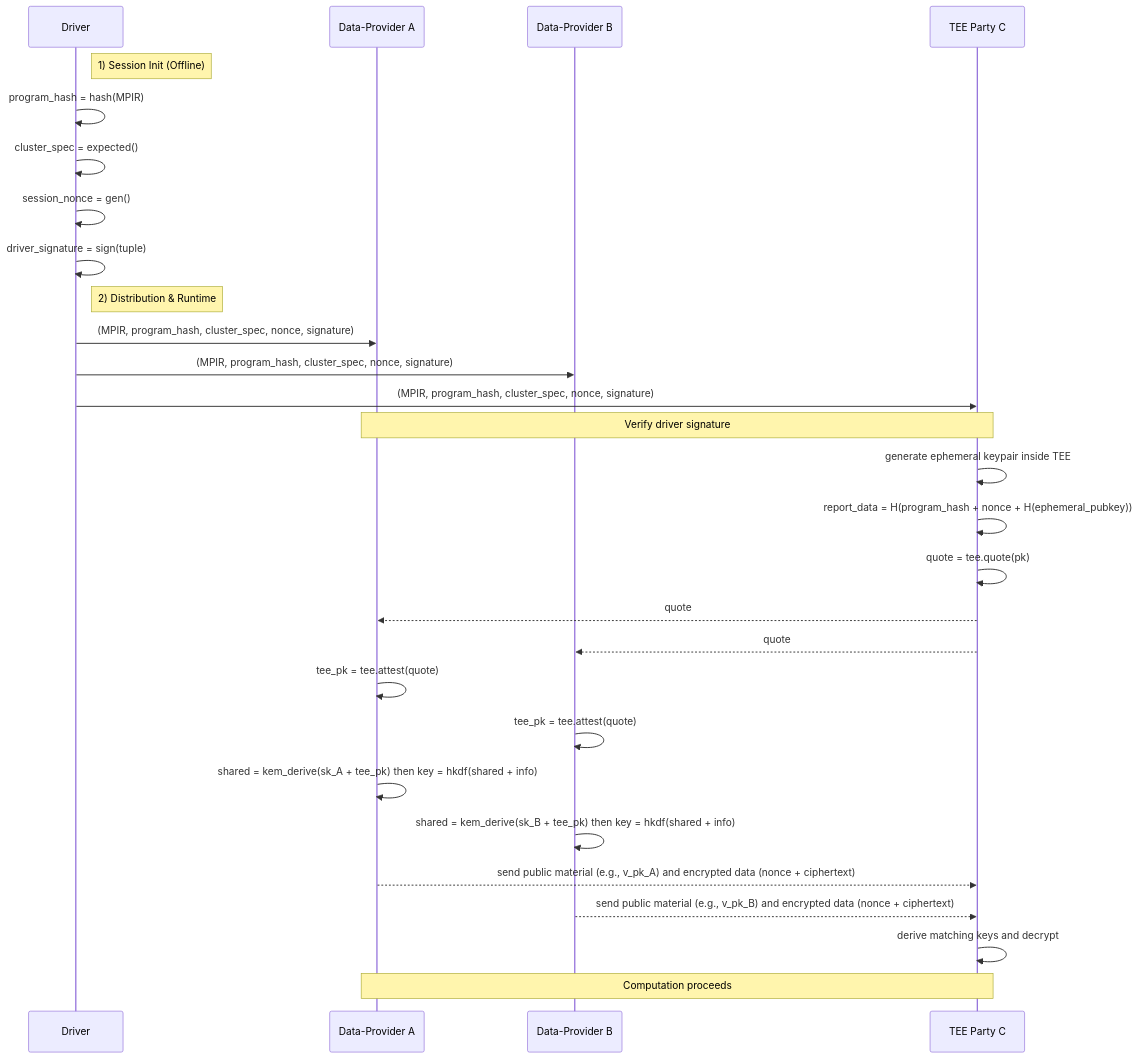
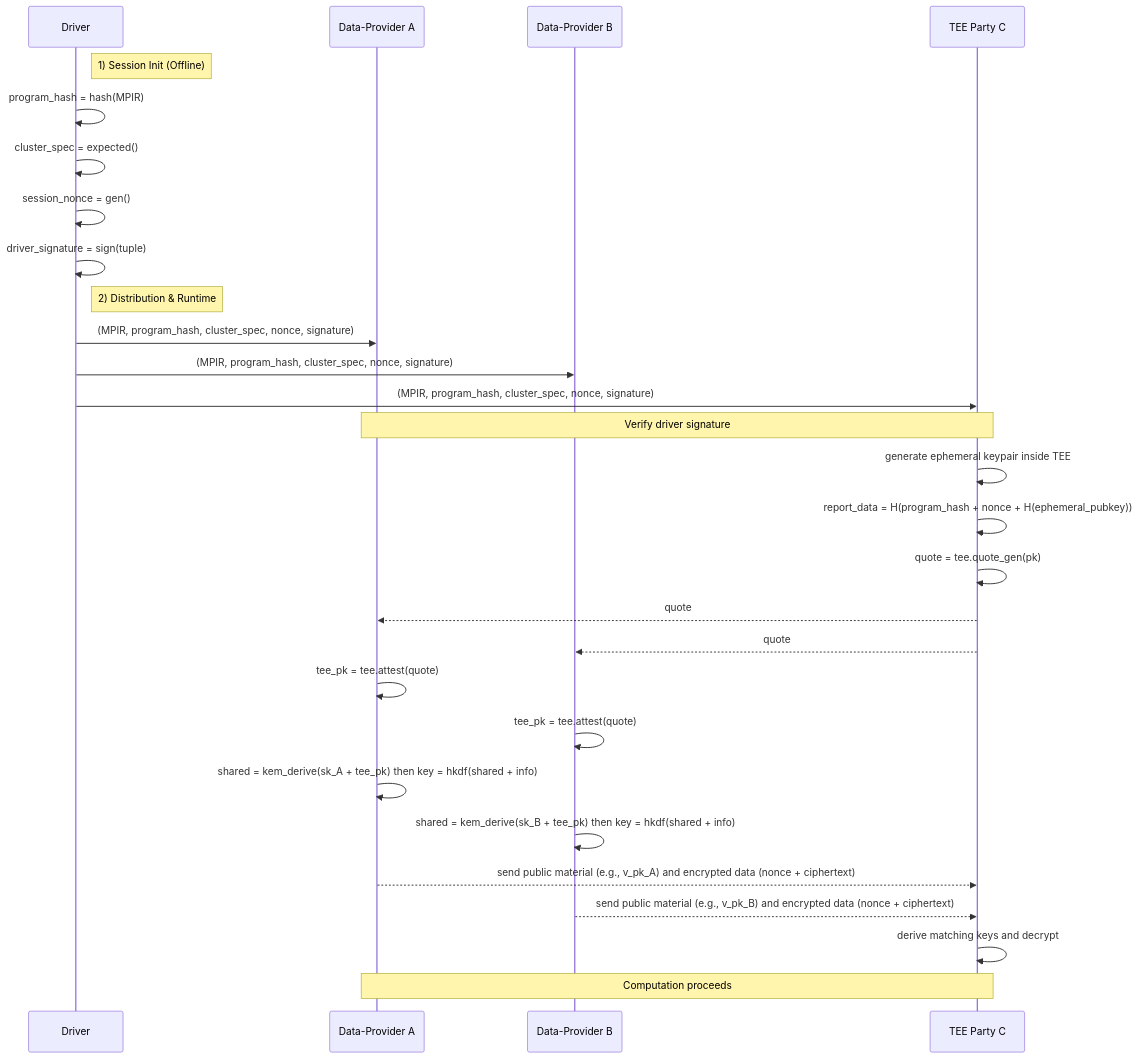
Before and after one commit to secretflow/mplang: the diagram in design/tee_design.md, drawn with Mermaid. The commit also changed other lines of this file and 4 other files, not shown here.

````diff
--- a/design/tee_design.md
+++ b/design/tee_design.md
@@ -122,38 +122,38 @@
 ```mermaid
 sequenceDiagram
   participant Driver
   participant A as Data-Provider A
   participant B as Data-Provider B
   participant C as TEE Party C
 
   note right of Driver: 1) Session Init (Offline)
   Driver->>Driver: program_hash = hash(MPIR)
   Driver->>Driver: cluster_spec = expected()
   Driver->>Driver: session_nonce = gen()
   Driver->>Driver: driver_signature = sign(tuple)
 
   note right of Driver: 2) Distribution & Runtime
   Driver->>A: (MPIR, program_hash, cluster_spec, nonce, signature)
   Driver->>B: (MPIR, program_hash, cluster_spec, nonce, signature)
   Driver->>C: (MPIR, program_hash, cluster_spec, nonce, signature)
 
   note over A, C: Verify driver signature
 
   C->>C: generate ephemeral keypair inside TEE
   C->>C: report_data = H(program_hash + nonce + H(ephemeral_pubkey))
-  C->>C: quote = tee.quote(pk)
+  C->>C: quote = tee.quote_gen(pk)
 
   C-->>A: quote
   C-->>B: quote
 
   A->>A: tee_pk = tee.attest(quote)
   B->>B: tee_pk = tee.attest(quote)
 
   A->>A: shared = kem_derive(sk_A + tee_pk) then key = hkdf(shared + info)
   B->>B: shared = kem_derive(sk_B + tee_pk) then key = hkdf(shared + info)
   A-->>C: send public material (e.g., v_pk_A) and encrypted data (nonce + ciphertext)
   B-->>C: send public material (e.g., v_pk_B) and encrypted data (nonce + ciphertext)
   C->>C: derive matching keys and decrypt
 
   note over A, C: Computation proceeds
 ```
````
